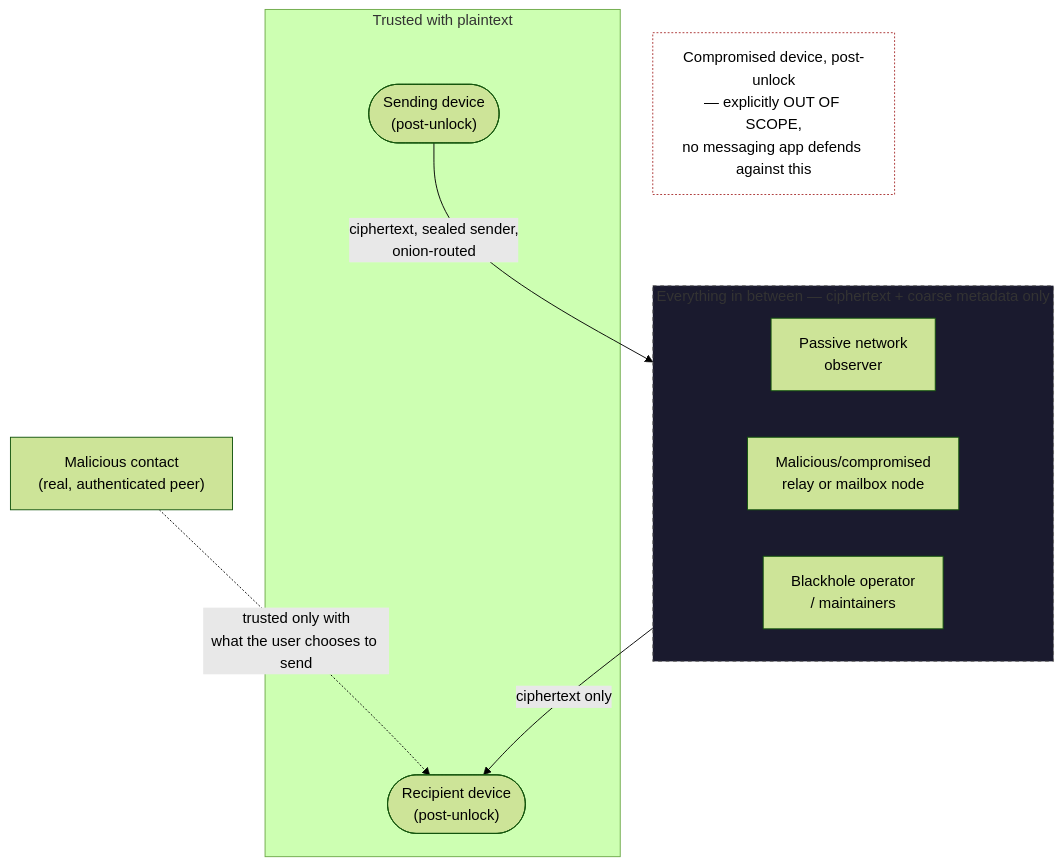
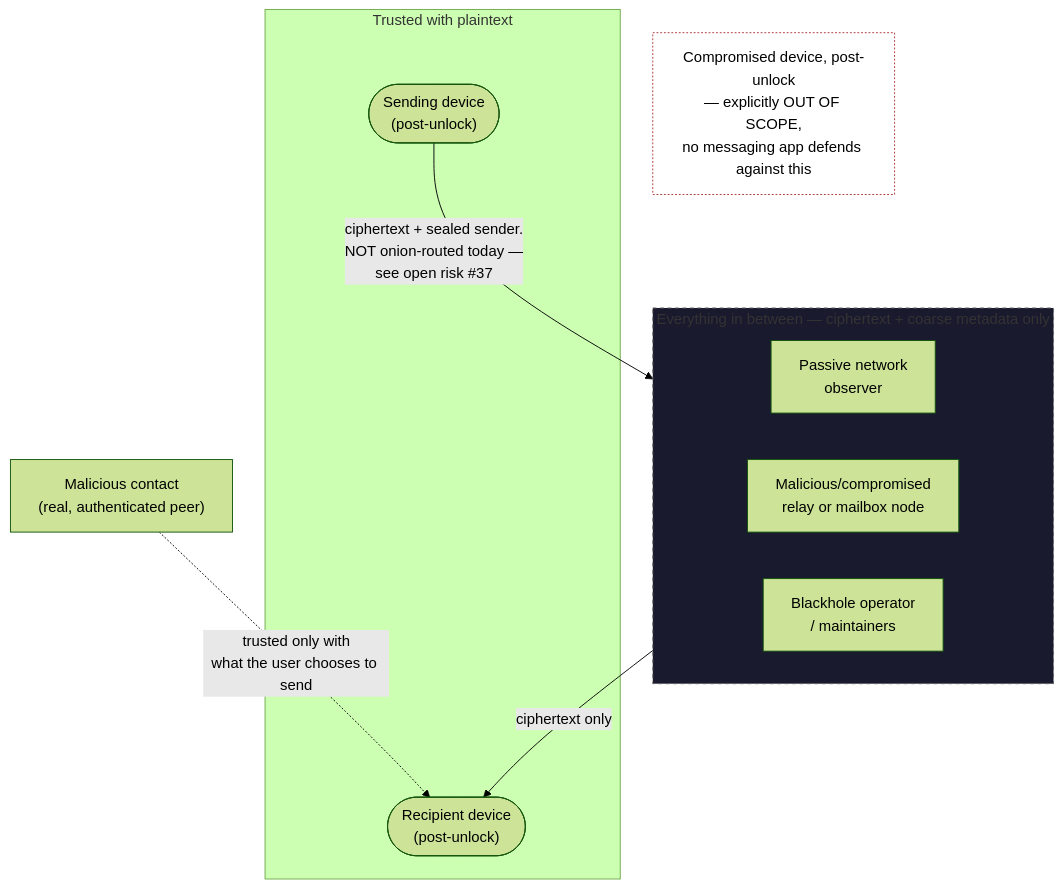
The diagram in docs/THREAT_MODEL.md (debugqz/blackhole), drawn with Mermaid (forest theme) before and after one commit. The commit also changed other lines of this file and 51 other files, not shown here.

````diff
--- a/docs/THREAT_MODEL.md
+++ b/docs/THREAT_MODEL.md
@@ -73,24 +74,24 @@
 ```mermaid
 flowchart TB
     subgraph trusted["Trusted with plaintext"]
         Sender(["Sending device<br/>(post-unlock)"])
         Recipient(["Recipient device<br/>(post-unlock)"])
     end
 
     subgraph untrusted["Everything in between — ciphertext + coarse metadata only"]
         direction LR
         Observer["Passive network<br/>observer"]
         Relay["Malicious/compromised<br/>relay or mailbox node"]
         Operator["Blackhole operator<br/>/ maintainers"]
     end
 
-    Sender -->|"ciphertext, sealed sender,<br/>onion-routed"| untrusted
+    Sender -->|"ciphertext + sealed sender.<br/>NOT onion-routed today —<br/>see open risk #37"| untrusted
     untrusted -->|"ciphertext only"| Recipient
 
     Contact["Malicious contact<br/>(real, authenticated peer)"] -.->|"trusted only with<br/>what the user chooses to send"| Recipient
 
     OutOfScope["Compromised device, post-unlock<br/>— explicitly OUT OF SCOPE,<br/>no messaging app defends against this"]
 
     style untrusted fill:#1a1a2e,stroke:#666,stroke-dasharray: 4 4
     style OutOfScope fill:none,stroke:#a33,stroke-dasharray: 2 2
 ```
````
